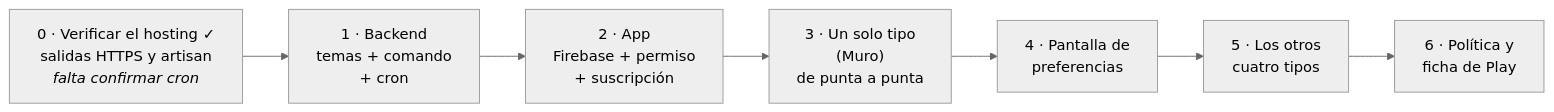
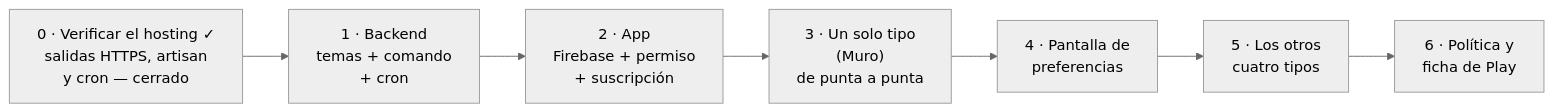
One commit to bluesky777/myvc_flutter changed the second of 2 diagrams in docs/notificaciones.md. Above: the diagram before and after it, drawn with Mermaid (neutral theme). The commit also changed other lines of this file and 2 other files, not shown here.

````diff
--- a/docs/notificaciones.md
+++ b/docs/notificaciones.md
@@ -294,9 +294,9 @@
 ```mermaid
 flowchart LR
-    V["0 · Verificar el hosting ✓<br/>salidas HTTPS y artisan<br/><i>falta confirmar cron</i>"] --> B["1 · Backend<br/>temas + comando<br/>+ cron"]
+    V["0 · Verificar el hosting ✓<br/>salidas HTTPS, artisan<br/>y cron — cerrado"] --> B["1 · Backend<br/>temas + comando<br/>+ cron"]
     B --> A["2 · App<br/>Firebase + permiso<br/>+ suscripción"]
     A --> T["3 · Un solo tipo<br/>(Muro)<br/>de punta a punta"]
     T --> P["4 · Pantalla de<br/>preferencias"]
     P --> R["5 · Los otros<br/>cuatro tipos"]
     R --> D["6 · Política y<br/>ficha de Play"]
 ```
````
